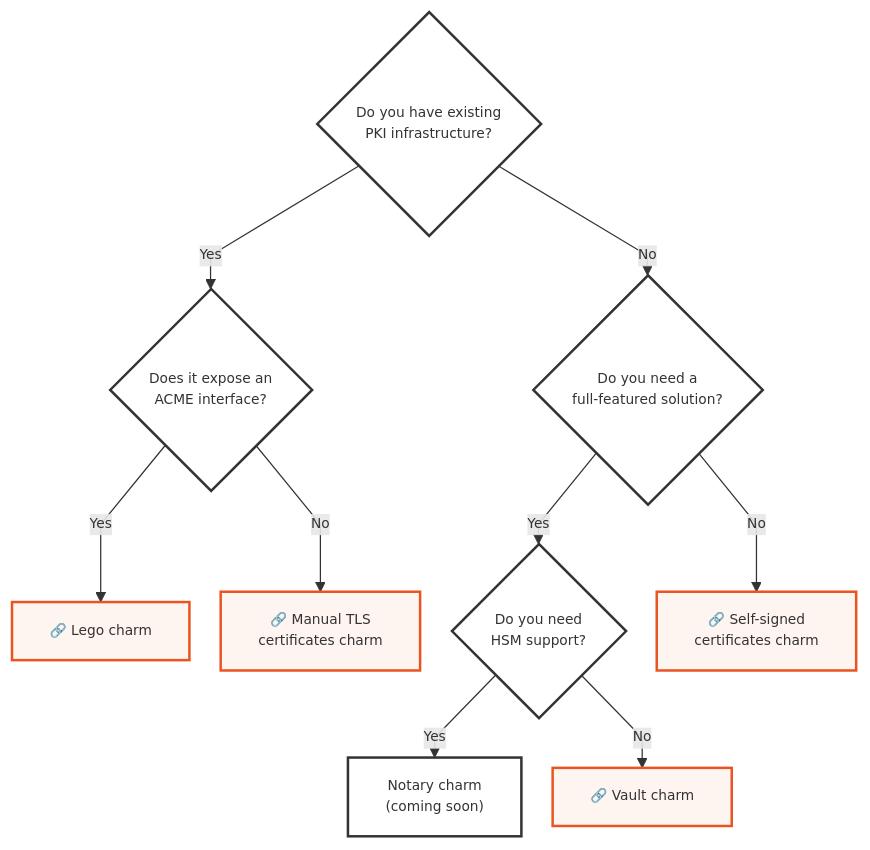
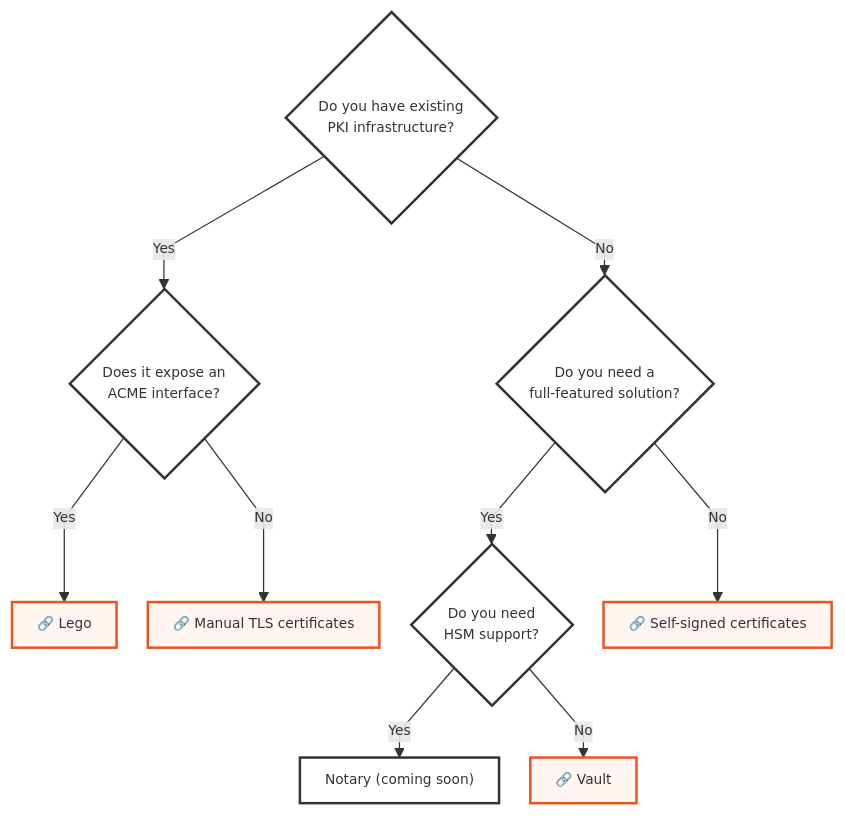
One commit to canonical/certificate-management-docs changed the diagram in docs/index.md. Above: the diagram before and after it, drawn with Mermaid.

Commit message:
docs: update diagram style

````diff
--- a/docs/index.md
+++ b/docs/index.md
@@ -13,37 +13,37 @@
 ```{mermaid}
-%%{init: {'theme': 'default', 'themeVariables': {'fontSize': '11px'}, 'flowchart': {'nodeSpacing': 25, 'rankSpacing': 15, 'curve': 'linear'}}}%%
+%%{init: {'theme': 'default', 'themeVariables': {'fontSize': '11px'}, 'flowchart': {'nodeSpacing': 25, 'rankSpacing': 25, 'curve': 'linear', 'padding': 10}}}%%
 flowchart TD
     A{Do you have existing<br/>PKI infrastructure?}
     B{Does it expose an<br/>ACME interface?}
     C{Do you need a<br/>full-featured solution?}
 
-    D["🔗 Lego charm"]
-    E["🔗 Manual TLS<br/>certificates charm"]
+    D["🔗 Lego"]
+    E["🔗 Manual TLS certificates"]
     F{Do you need<br/>HSM support?}
-    G["🔗 Self-signed<br/>certificates charm"]
-    H["Notary charm<br/>(coming soon)"]
-    I["🔗 Vault charm"]
+    G["🔗 Self-signed certificates"]
+    H["Notary (coming soon)"]
+    I["🔗 Vault"]
 
     A -->|Yes| B
     A -->|No| C
 
     B -->|Yes| D
     B -->|No| E
 
     C -->|Yes| F
     C -->|No| G
 
     F -->|Yes| H
     F -->|No| I
 
     classDef charmLink fill:#FFF5F0,stroke:#E95420,stroke-width:2px,color:#333
     classDef plainNode fill:#fff,stroke:#333,stroke-width:2px,color:#333
 
     class D,E,G,I charmLink
     class A,B,C,F,H plainNode
 
     click D "https://charmhub.io/lego" "View Lego charm documentation"
     click E "https://charmhub.io/manual-tls-certificates" "View Manual TLS charm documentation"
     click G "https://charmhub.io/self-signed-certificates" "View Self-signed certificates charm documentation"
     click I "https://charmhub.io/vault" "View Vault charm documentation"
 ```
````
